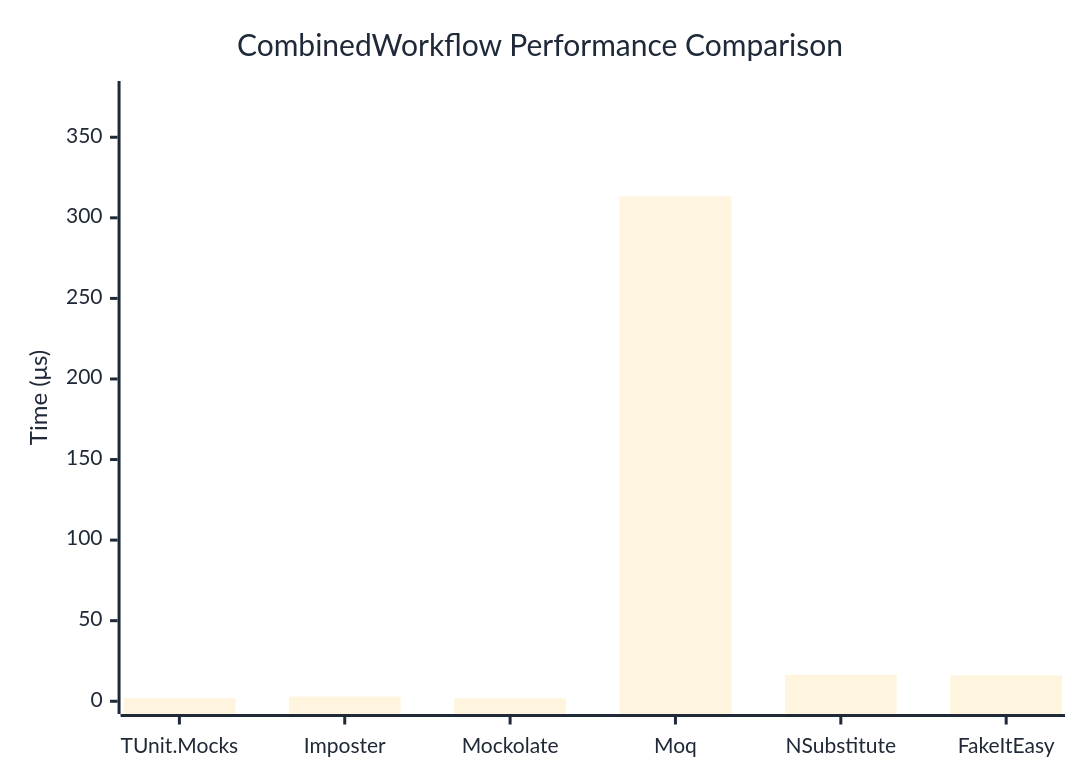
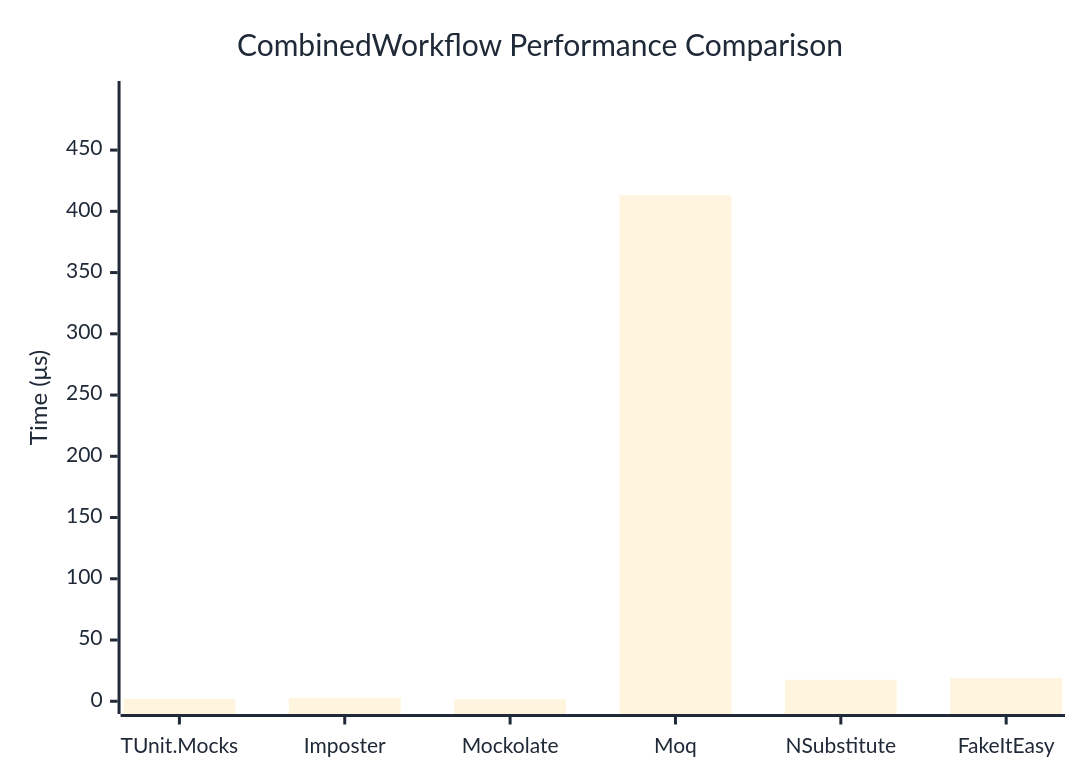
One commit to thomhurst/TUnit changed the diagram in docs/docs/benchmarks/mocks/CombinedWorkflow.md. Above: the diagram before and after it, drawn with Mermaid. The commit also changed other lines of this file and 14 other files, not shown here.

````diff
--- a/docs/docs/benchmarks/mocks/CombinedWorkflow.md
+++ b/docs/docs/benchmarks/mocks/CombinedWorkflow.md
@@ -30,27 +30,27 @@
 ```mermaid
 %%{init: {
   'theme':'base',
   'themeVariables': {
     'primaryColor': '#2563eb',
     'primaryTextColor': '#1f2937',
     'primaryBorderColor': '#1e40af',
     'lineColor': '#6b7280',
     'secondaryColor': '#7c3aed',
     'tertiaryColor': '#dc2626',
     'background': '#ffffff',
     'pie1': '#2563eb',
     'pie2': '#7c3aed',
     'pie3': '#dc2626',
     'pie4': '#f59e0b',
     'pie5': '#10b981',
     'pie6': '#06b6d4',
     'pie7': '#ec4899',
     'pie8': '#6366f1'
   }
 }}%%
 xychart-beta
   title "CombinedWorkflow Performance Comparison"
   x-axis ["TUnit.Mocks", "Imposter", "Mockolate", "Moq", "NSubstitute", "FakeItEasy"]
-  y-axis "Time (μs)" 0 --> 377
-  bar [1.989, 2.898, 1.818, 313.368, 16.46, 16.101]
+  y-axis "Time (μs)" 0 --> 496
+  bar [1.912, 2.689, 1.677, 413.084, 17.577, 18.928]
 ```
````
